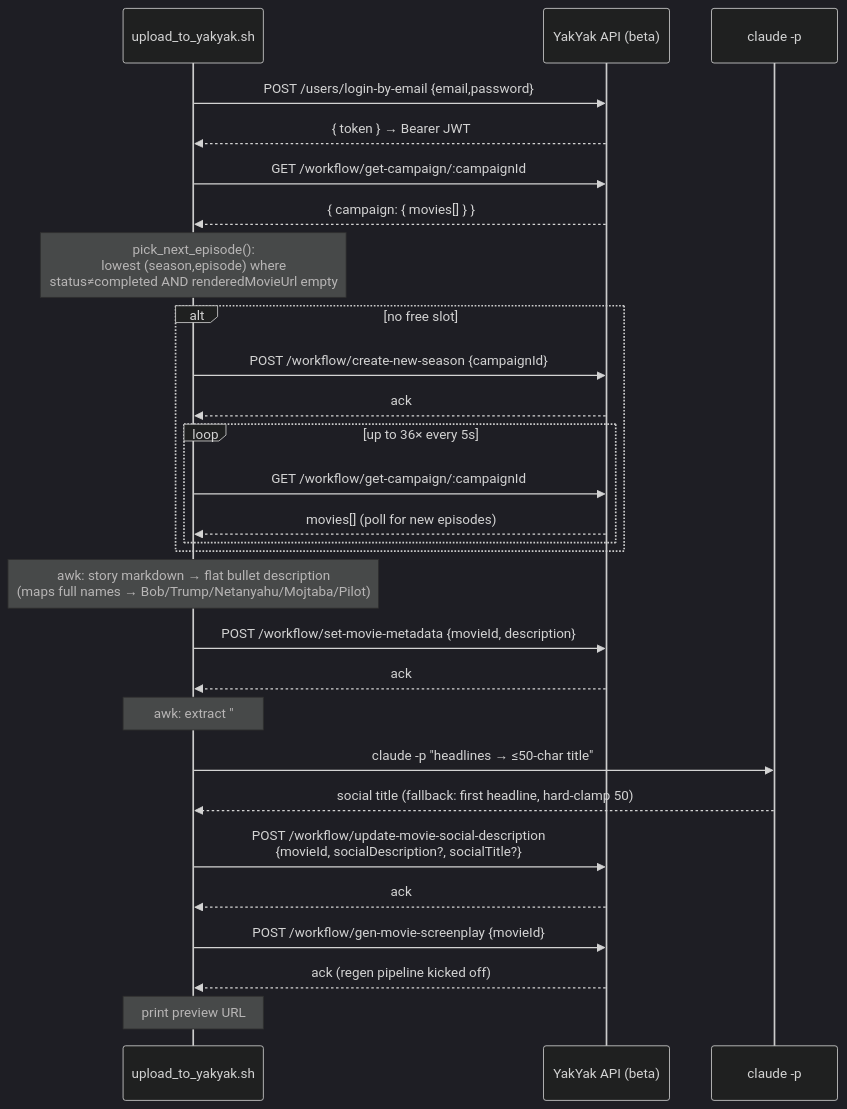
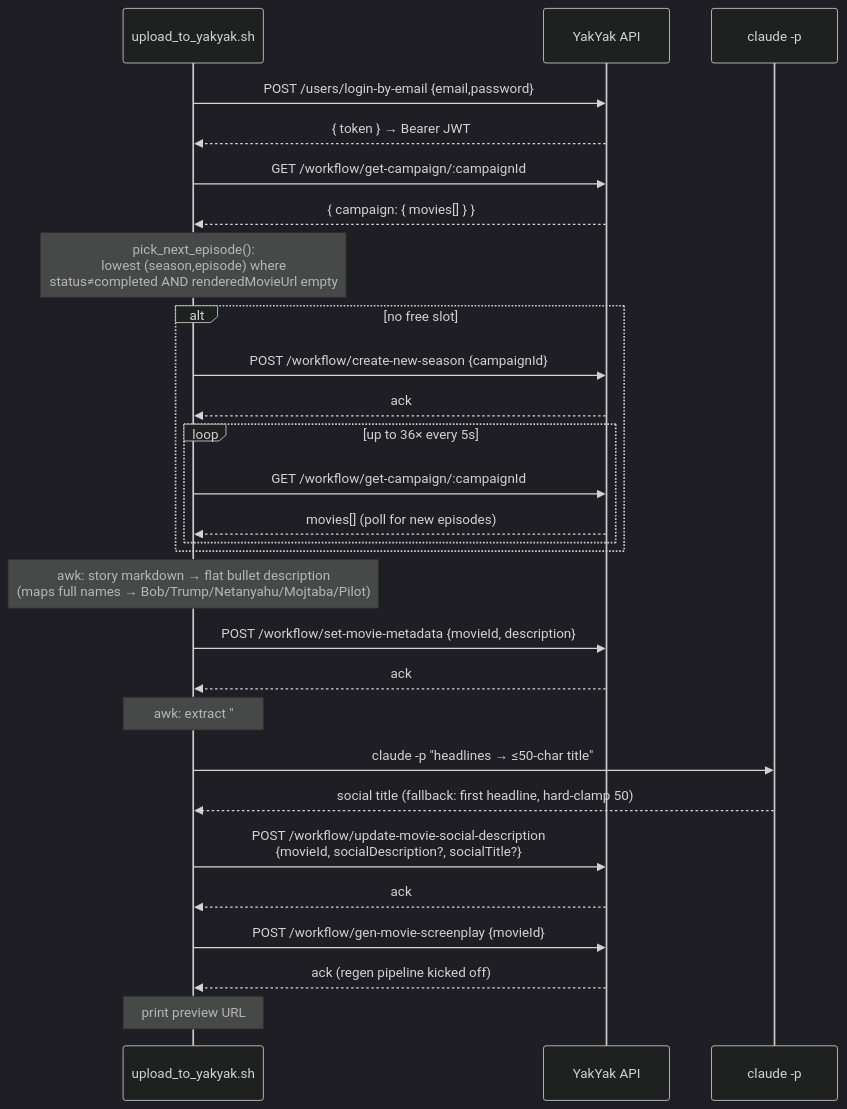
The third of 3 diagrams in show/BreakingBricksNews/docs/how_it_works.md (dan-nighthawk/cookbook), drawn with Mermaid (dark theme) before and after one commit. The commit also changed other lines of this file and 33 other files, not shown here.

````diff
--- a/show/BreakingBricksNews/docs/how_it_works.md
+++ b/show/BreakingBricksNews/docs/how_it_works.md
@@ -163,38 +163,38 @@
 ```mermaid
 sequenceDiagram
     participant U as upload_to_yakyak.sh
-    participant API as YakYak API (beta)
+    participant API as YakYak API
     participant CL as claude -p
 
     U->>API: POST /users/login-by-email {email,password}
     API-->>U: { token }  → Bearer JWT
 
     U->>API: GET /workflow/get-campaign/:campaignId
     API-->>U: { campaign: { movies[] } }
 
     Note over U: pick_next_episode():<br/>lowest (season,episode) where<br/>status≠completed AND renderedMovieUrl empty
 
     alt no free slot
         U->>API: POST /workflow/create-new-season {campaignId}
         API-->>U: ack
         loop up to 36× every 5s
             U->>API: GET /workflow/get-campaign/:campaignId
             API-->>U: movies[] (poll for new episodes)
         end
     end
 
     Note over U: awk: story markdown → flat bullet description<br/>(maps full names → Bob/Trump/Netanyahu/Mojtaba/Pilot)
     U->>API: POST /workflow/set-movie-metadata {movieId, description}
     API-->>U: ack
 
     Note over U: awk: extract "## Headlines" section
     U->>CL: claude -p "headlines → ≤50-char title"
     CL-->>U: social title (fallback: first headline, hard-clamp 50)
     U->>API: POST /workflow/update-movie-social-description<br/>{movieId, socialDescription?, socialTitle?}
     API-->>U: ack
 
     U->>API: POST /workflow/gen-movie-screenplay {movieId}
     API-->>U: ack (regen pipeline kicked off)
 
     Note over U: print preview URL
 ```
````
